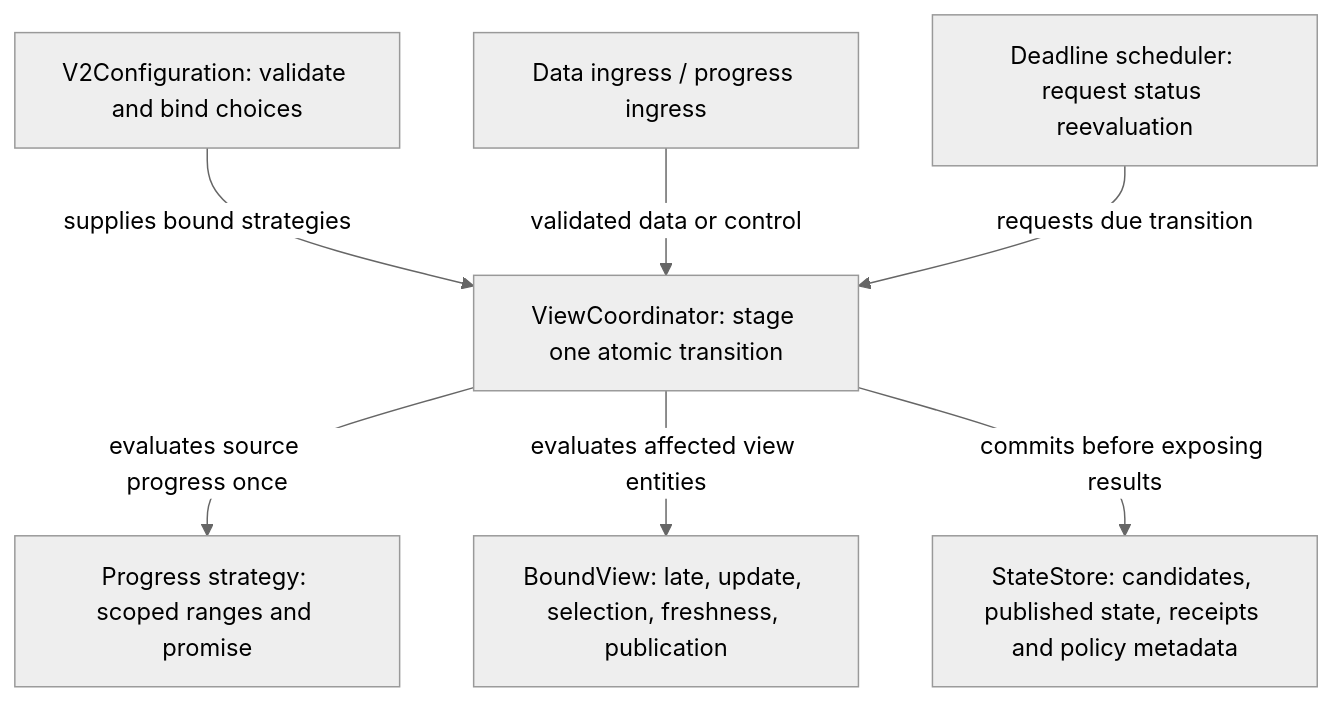
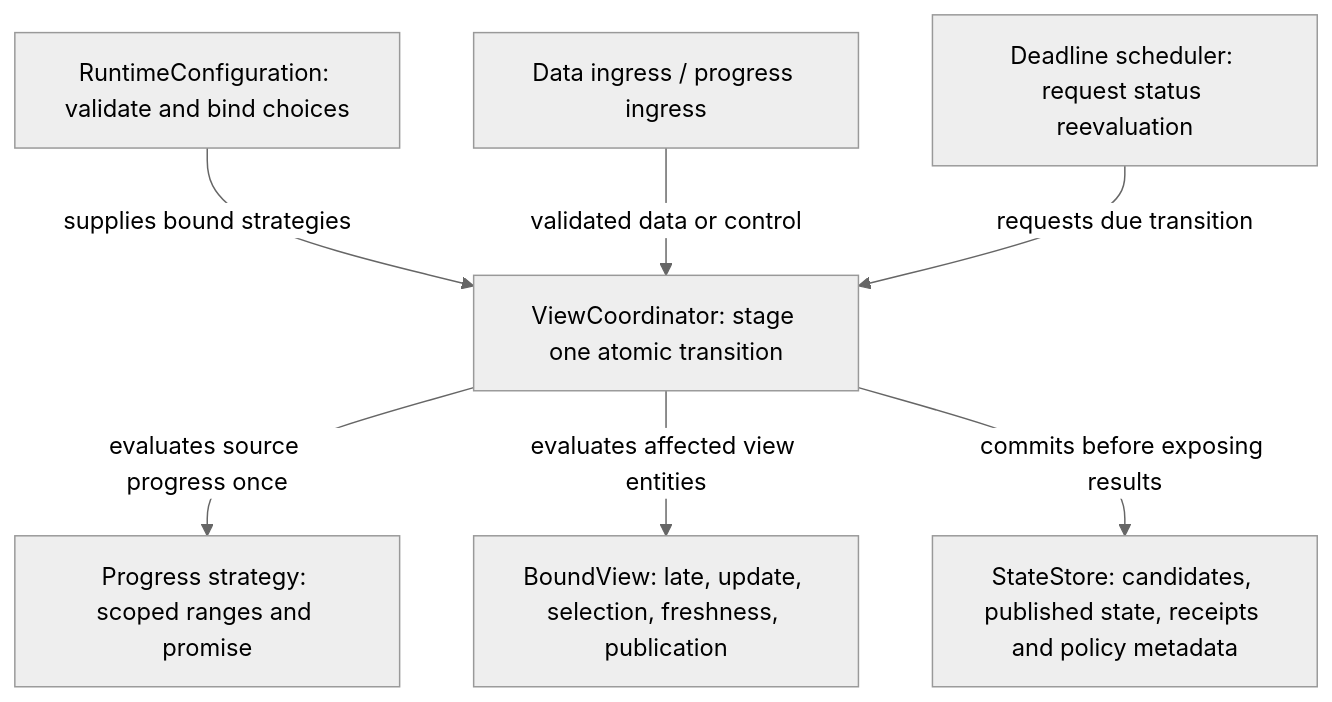
Before and after one commit to sproates/zooglass: the diagram in docs/design/progress-and-publication.md, drawn with Mermaid (neutral theme). The commit also changed other lines of this file and 451 other files, not shown here.

````diff
--- a/docs/design/progress-and-publication.md
+++ b/docs/design/progress-and-publication.md
@@ -373,16 +373,16 @@
 ```mermaid
 flowchart TB
-  config["V2Configuration: validate and bind choices"]
+  config["RuntimeConfiguration: validate and bind choices"]
   ingress["Data ingress / progress ingress"]
   coordinator["ViewCoordinator: stage one atomic transition"]
   progress["Progress strategy: scoped ranges and promise"]
   bound["BoundView: late, update, selection, freshness, publication"]
   deadlines["Deadline scheduler: request status reevaluation"]
   store["StateStore: candidates, published state, receipts and policy metadata"]
   config -->|supplies bound strategies| coordinator
   ingress -->|validated data or control| coordinator
   coordinator -->|evaluates source progress once| progress
   coordinator -->|evaluates affected view entities| bound
   deadlines -->|requests due transition| coordinator
   coordinator -->|commits before exposing results| store
 ```
````
